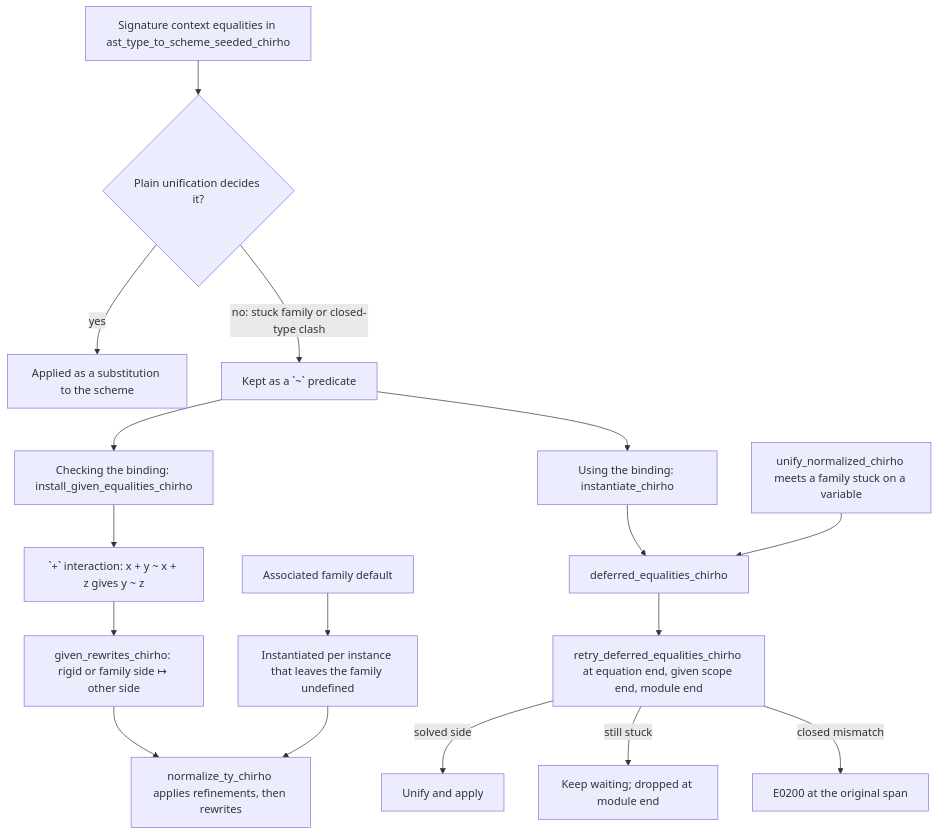
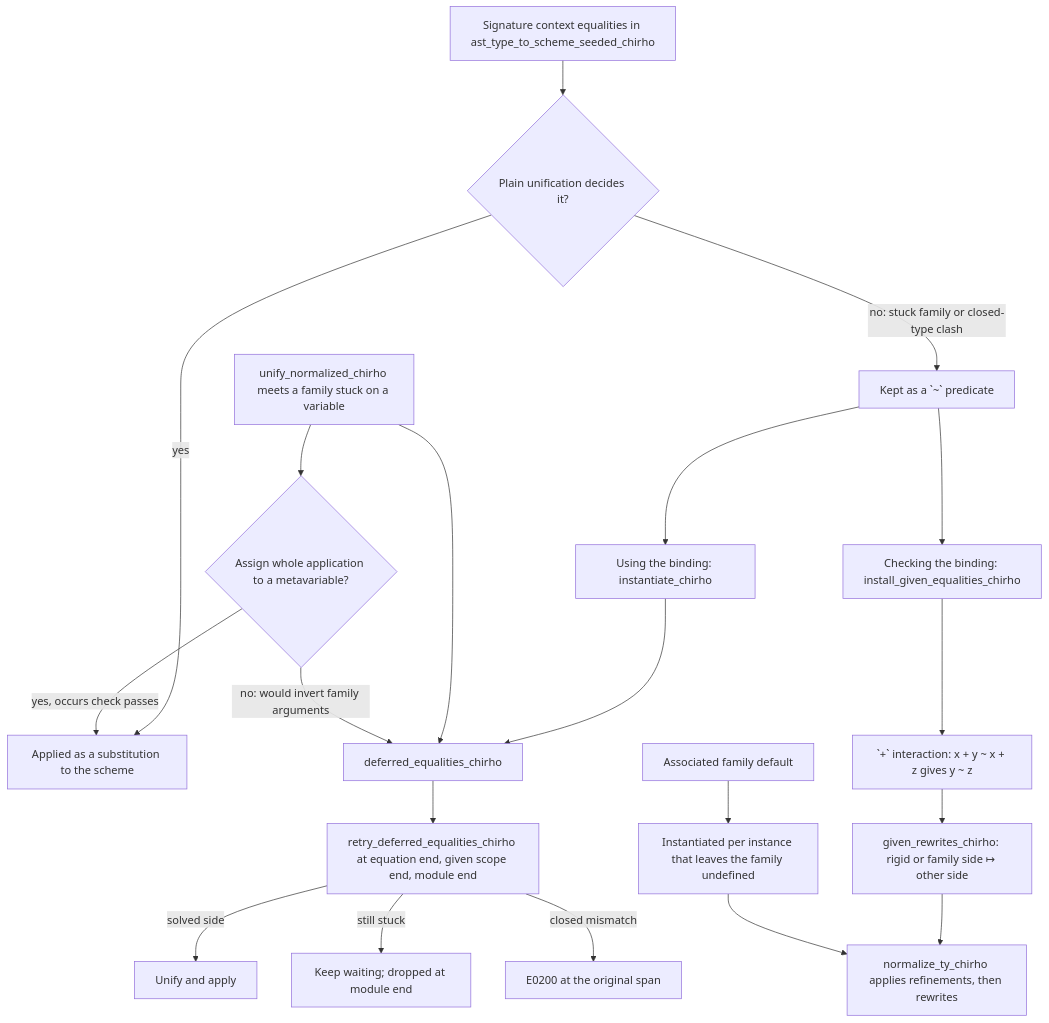
Before and after one commit to loveJesus/haskelujah-chirho: the diagram in spec-chirho/workflows-chirho/language-features-chirho/stuck-family-equalities-chirho.md, drawn with Mermaid. The commit also changed other lines of this file and 7 other files, not shown here.

````diff
--- a/spec-chirho/workflows-chirho/language-features-chirho/stuck-family-equalities-chirho.md
+++ b/spec-chirho/workflows-chirho/language-features-chirho/stuck-family-equalities-chirho.md
@@ -11,20 +11,23 @@
 ```mermaid
 flowchart TD
     sig_chirho[Signature context equalities in ast_type_to_scheme_seeded_chirho]
     sig_chirho --> decide_chirho{Plain unification decides it?}
     decide_chirho -->|yes| subst_chirho[Applied as a substitution to the scheme]
     decide_chirho -->|no: stuck family or closed-type clash| pred_chirho[Kept as a `~` predicate]
     pred_chirho --> check_chirho[Checking the binding: install_given_equalities_chirho]
     check_chirho --> plus_chirho[`+` interaction: x + y ~ x + z gives y ~ z]
     plus_chirho --> rules_chirho[given_rewrites_chirho: rigid or family side ↦ other side]
     rules_chirho --> normalize_chirho[normalize_ty_chirho applies refinements, then rewrites]
     pred_chirho --> use_chirho[Using the binding: instantiate_chirho]
     use_chirho --> wanted_chirho[deferred_equalities_chirho]
     unify_chirho[unify_normalized_chirho meets a family stuck on a variable] --> wanted_chirho
+    unify_chirho --> assign_chirho{Assign whole application to a metavariable?}
+    assign_chirho -->|yes, occurs check passes| subst_chirho
+    assign_chirho -->|no: would invert family arguments| wanted_chirho
     wanted_chirho --> retry_chirho[retry_deferred_equalities_chirho at equation end, given scope end, module end]
     retry_chirho -->|solved side| unify2_chirho[Unify and apply]
     retry_chirho -->|still stuck| wait_chirho[Keep waiting; dropped at module end]
     retry_chirho -->|closed mismatch| report_chirho[E0200 at the original span]
     assoc_chirho[Associated family default] --> instance_chirho[Instantiated per instance that leaves the family undefined]
     instance_chirho --> normalize_chirho
 ```
````
